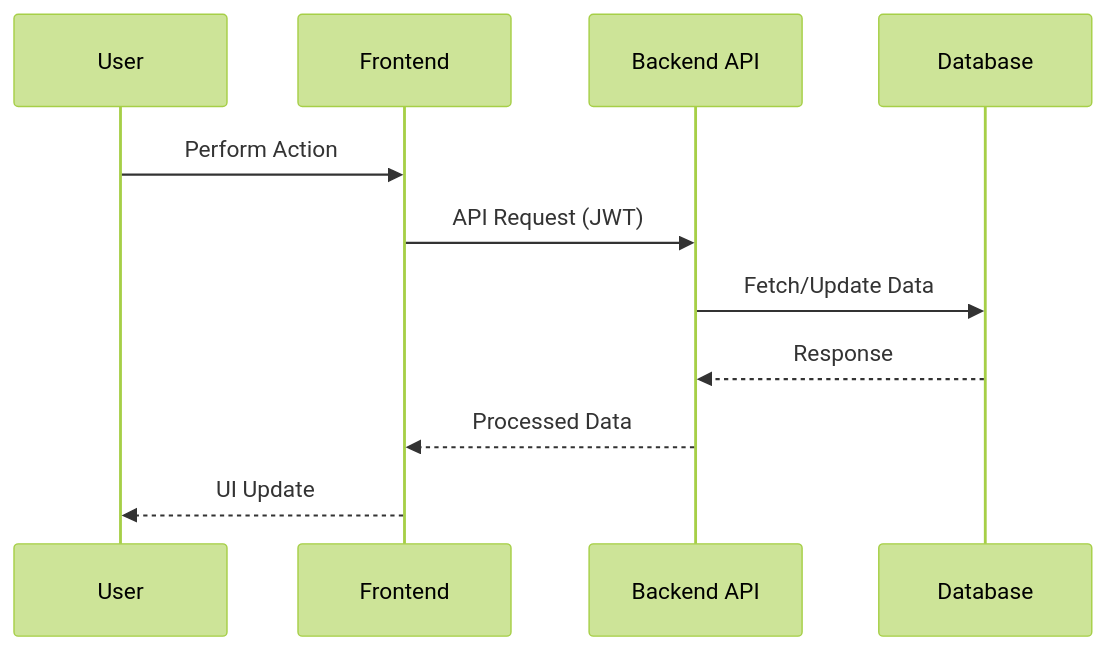
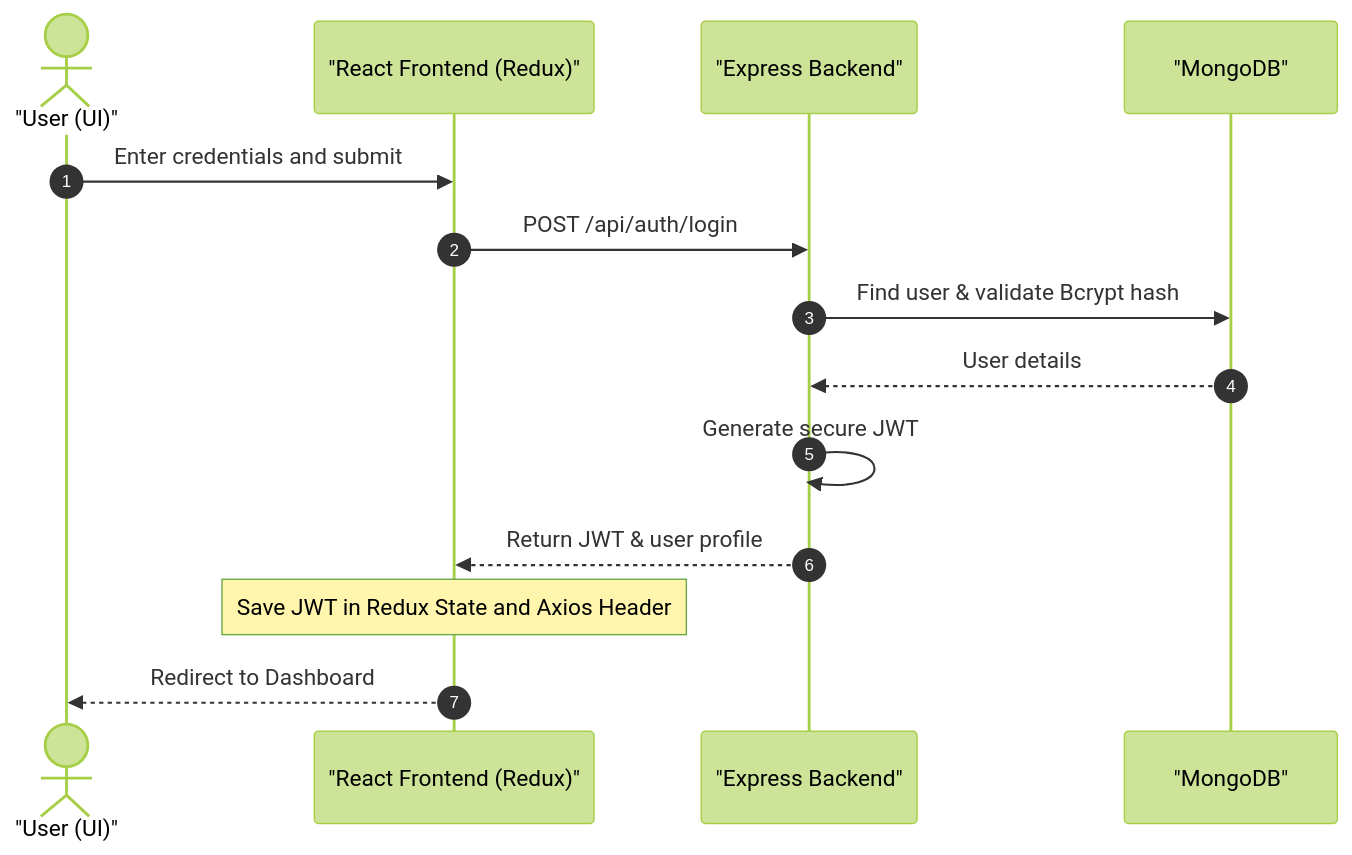
The second of 2 diagrams in README.md (Rakhi-web579/collegems), drawn with Mermaid (forest theme) before and after one commit. The commit also changed other lines of this file and 5 other files, not shown here.

````diff
--- a/README.md
+++ b/README.md
@@ -137,14 +147,17 @@
-``` mermaid
+```mermaid
 sequenceDiagram
-    participant U as User
-    participant F as Frontend
-    participant B as Backend API
-    participant D as Database
+    autonumber
+    actor U as "User (UI)"
+    participant F as "React Frontend (Redux)"
+    participant B as "Express Backend"
+    participant D as "MongoDB"
 
-    U->>F: Perform Action
-    F->>B: API Request (JWT)
-    B->>D: Fetch/Update Data
-    D-->>B: Response
-    B-->>F: Processed Data
-    F-->>U: UI Update
+    U->>F: Enter credentials and submit
+    F->>B: POST /api/auth/login
+    B->>D: Find user & validate Bcrypt hash
+    D-->>B: User details
+    B->>B: Generate secure JWT
+    B-->>F: Return JWT & user profile
+    Note over F: Save JWT in Redux State and Axios Header
+    F-->>U: Redirect to Dashboard
 ```
````
